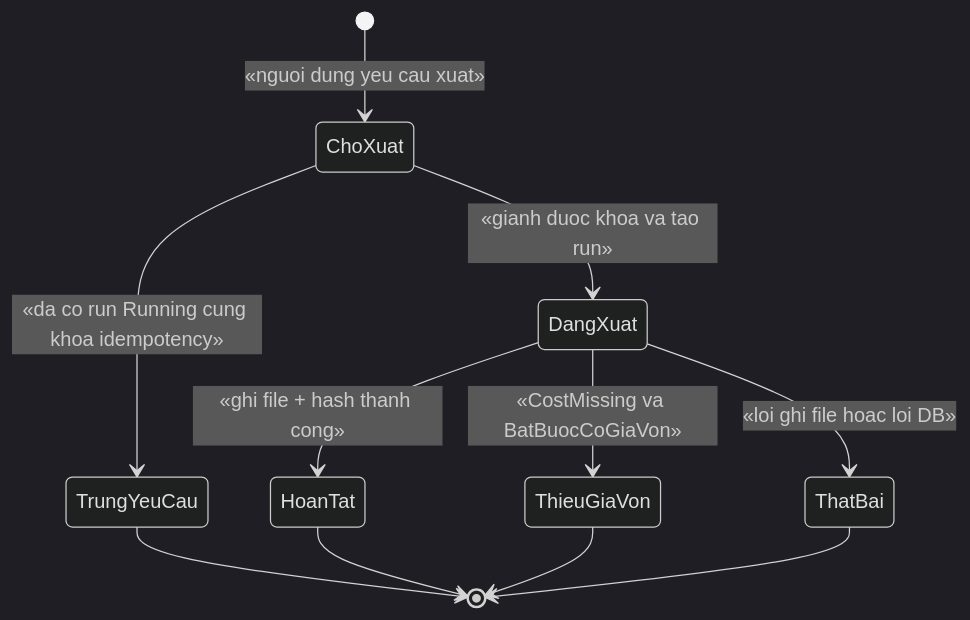
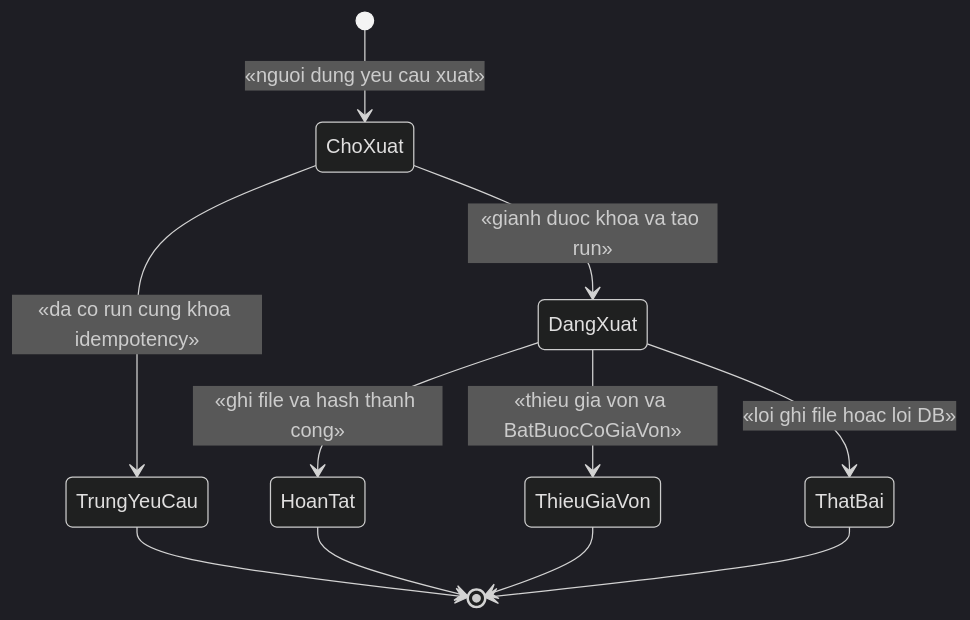
Before and after one commit to hungnt9801/eCommerce: the third of 7 diagrams in docs/features/reporting/rep-002-bao-cao-doanh-thu-lai-gop.md, drawn with Mermaid (dark theme). The commit also changed other lines of this file and 5 other files, not shown here.

````diff
--- a/docs/features/reporting/rep-002-bao-cao-doanh-thu-lai-gop.md
+++ b/docs/features/reporting/rep-002-bao-cao-doanh-thu-lai-gop.md
@@ -208,13 +198,13 @@
 ```mermaid
 stateDiagram-v2
     [*] --> ChoXuat : «nguoi dung yeu cau xuat»
     ChoXuat --> DangXuat : «gianh duoc khoa va tao run»
-    ChoXuat --> TrungYeuCau : «da co run Running cung khoa idempotency»
-    DangXuat --> HoanTat : «ghi file + hash thanh cong»
-    DangXuat --> ThieuGiaVon : «CostMissing va BatBuocCoGiaVon»
+    ChoXuat --> TrungYeuCau : «da co run cung khoa idempotency»
+    DangXuat --> HoanTat : «ghi file va hash thanh cong»
+    DangXuat --> ThieuGiaVon : «thieu gia von va BatBuocCoGiaVon»
     DangXuat --> ThatBai : «loi ghi file hoac loi DB»
     TrungYeuCau --> [*]
     HoanTat --> [*]
     ThieuGiaVon --> [*]
     ThatBai --> [*]
 ```
````
